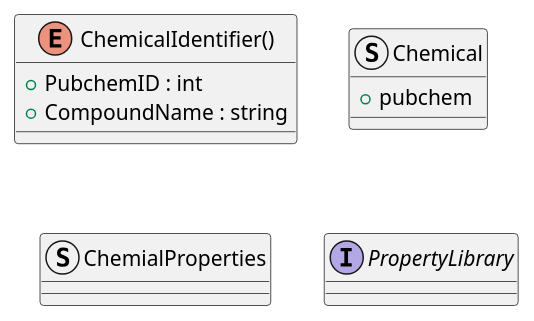
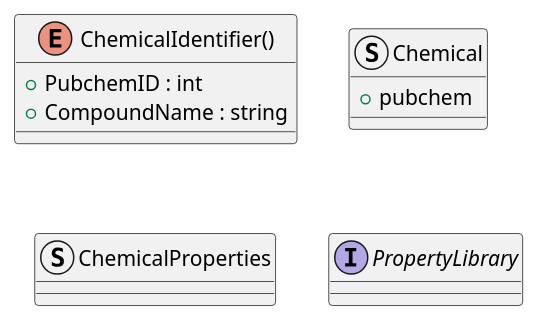
Before and after one commit to OSCPS-Project/OSCPS-UML: the diagram in properties-module/properties-module.puml, drawn with PlantUML. The commit also changed 11 other files, not shown here.

First line of the commit message:
updating uml class diagrams for OSCPS project

```diff
--- a/properties-module/properties-module.puml
+++ b/properties-module/properties-module.puml
@@ -1,16 +1,16 @@
 @startuml properties_module_class_diagram
     
 enum ChemicalIdentifier() {
     + PubchemID : int
     + CompoundName : string
 }
 
 Struct Chemical {
     + pubchem
 }
 
-Struct ChemialProperties {}
+Struct ChemicalProperties {}
 
 Interface PropertyLibrary {}
 
 @enduml
```
